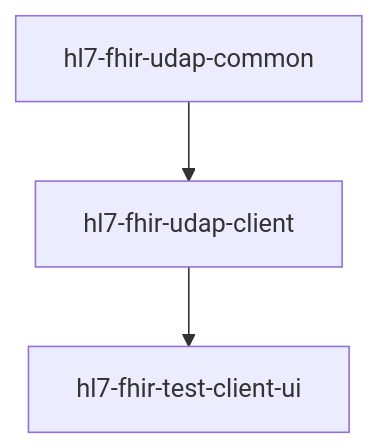
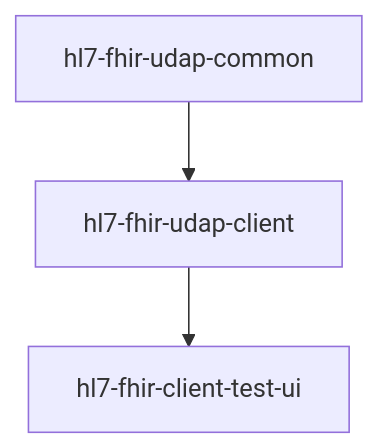
The first of 2 diagrams in README.md (Evernorth/hl7-fhir-udap-docs), drawn with Mermaid before and after one commit. The commit also changed other lines of this file, not shown here.

Commit message:
rename test-client to client-test

````diff
--- a/README.md
+++ b/README.md
@@ -45,5 +45,5 @@
 ```mermaid
     graph TD;
     hl7-fhir-udap-common-->hl7-fhir-udap-client;
-    hl7-fhir-udap-client-->hl7-fhir-test-client-ui;
+    hl7-fhir-udap-client-->hl7-fhir-client-test-ui;
 ```
````
